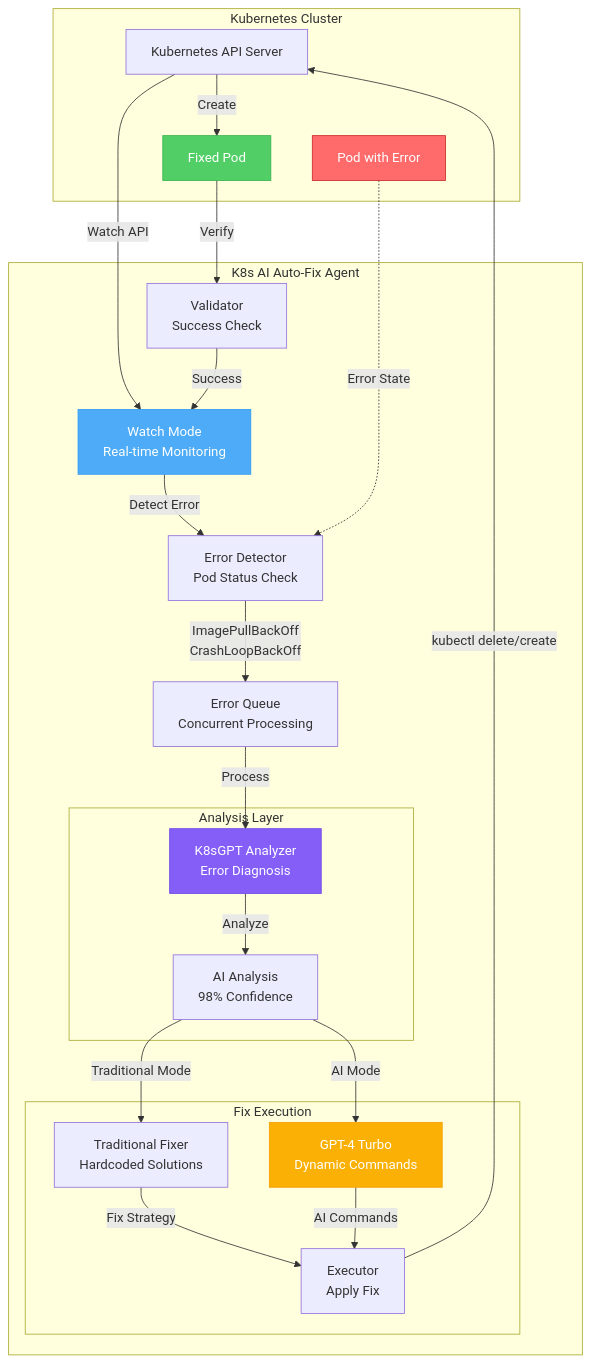
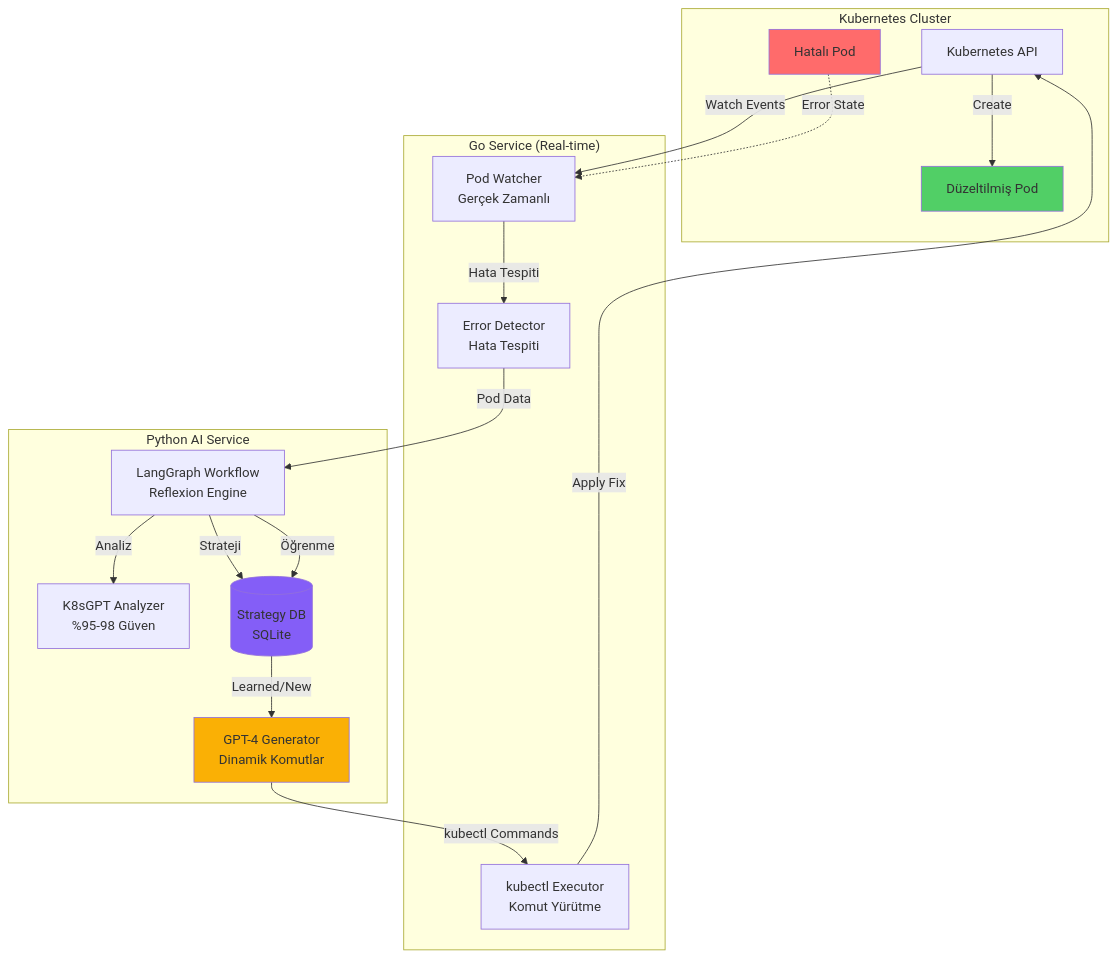
Before and after one commit to mmsuerkan/kubernetes-thesis: the diagram in README.md, drawn with Mermaid. The commit also changed other lines of this file and 19 other files, not shown here.

````diff
--- a/README.md
+++ b/README.md
@@ -81,53 +23,39 @@
 ```mermaid
 graph TB
     subgraph "Kubernetes Cluster"
-        K8S[Kubernetes API Server]
-        POD1[Pod with Error]
-        POD2[Fixed Pod]
+        K8S[Kubernetes API]
+        POD_ERROR[Hatalı Pod]
+        POD_FIXED[Düzeltilmiş Pod]
     end
 
-    subgraph "K8s AI Auto-Fix Agent"
-        W[Watch Mode<br/>Real-time Monitoring]
-        D[Error Detector<br/>Pod Status Check]
-        Q[Error Queue<br/>Concurrent Processing]
-        
-        subgraph "Analysis Layer"
-            K8SGPT[K8sGPT Analyzer<br/>Error Diagnosis]
-            AI[AI Analysis<br/>98% Confidence]
-        end
-        
-        subgraph "Fix Execution"
-            T[Traditional Fixer<br/>Hardcoded Solutions]
-            GPT[GPT-4 Turbo<br/>Dynamic Commands]
-            E[Executor<br/>Apply Fix]
-        end
-        
-        V[Validator<br/>Success Check]
+    subgraph "Go Service (Real-time)"
+        WATCHER[Pod Watcher<br/>Gerçek Zamanlı]
+        DETECTOR[Error Detector<br/>Hata Tespiti]
+        EXECUTOR[kubectl Executor<br/>Komut Yürütme]
     end
 
-    K8S -->|Watch API| W
-    W -->|Detect Error| D
-    D -->|ImagePullBackOff<br/>CrashLoopBackOff| Q
-    Q -->|Process| K8SGPT
-    K8SGPT -->|Analyze| AI
-    
-    AI -->|Traditional Mode| T
-    AI -->|AI Mode| GPT
-    
-    T -->|Fix Strategy| E
-    GPT -->|AI Commands| E
-    
-    E -->|kubectl delete/create| K8S
-    K8S -->|Create| POD2
-    
-    POD2 -->|Verify| V
-    V -->|Success| W
-    
-    POD1 -.->|Error State| D
-    
-    style POD1 fill:#ff6b6b,stroke:#c92a2a,color:#fff
-    style POD2 fill:#51cf66,stroke:#37b24d,color:#fff
-    style W fill:#4dabf7,stroke:#339af0,color:#fff
-    style GPT fill:#fab005,stroke:#f59f00,color:#fff
-    style K8SGPT fill:#845ef7,stroke:#7048e8,color:#fff
+    subgraph "Python AI Service"
+        WORKFLOW[LangGraph Workflow<br/>Reflexion Engine]
+        ANALYZER[K8sGPT Analyzer<br/>%95-98 Güven]
+        AI_GEN[GPT-4 Generator<br/>Dinamik Komutlar]
+        MEMORY[(Strategy DB<br/>SQLite)]
+    end
+
+    K8S -->|Watch Events| WATCHER
+    WATCHER -->|Hata Tespiti| DETECTOR
+    DETECTOR -->|Pod Data| WORKFLOW
+    WORKFLOW -->|Analiz| ANALYZER
+    WORKFLOW -->|Strateji| MEMORY
+    MEMORY -->|Learned/New| AI_GEN
+    AI_GEN -->|kubectl Commands| EXECUTOR
+    EXECUTOR -->|Apply Fix| K8S
+    K8S -->|Create| POD_FIXED
+
+    POD_ERROR -.->|Error State| WATCHER
+    WORKFLOW -->|Öğrenme| MEMORY
+
+    style POD_ERROR fill:#ff6b6b
+    style POD_FIXED fill:#51cf66
+    style AI_GEN fill:#fab005
+    style MEMORY fill:#845ef7
 ```
````
